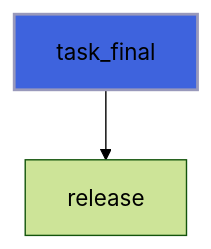
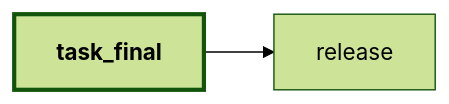
The ninth of 12 diagrams in docs/api/src/lib/figure_task.md (szaghi/figure), drawn with Mermaid (forest theme) before and after one commit. The commit also changed other lines of this file and 54 other files, not shown here.

````diff
--- a/docs/api/src/lib/figure_task.md
+++ b/docs/api/src/lib/figure_task.md
@@ -331,5 +359,7 @@
 ```mermaid
-flowchart TD
+flowchart LR
   task_final["task_final"] --> release["release"]
-  style task_final fill:#3e63dd,stroke:#99b,stroke-width:2px
+  classDef focus stroke-width:3px,font-weight:bold
+  class task_final focus
+  click release href "#release" "release"
 ```
````
